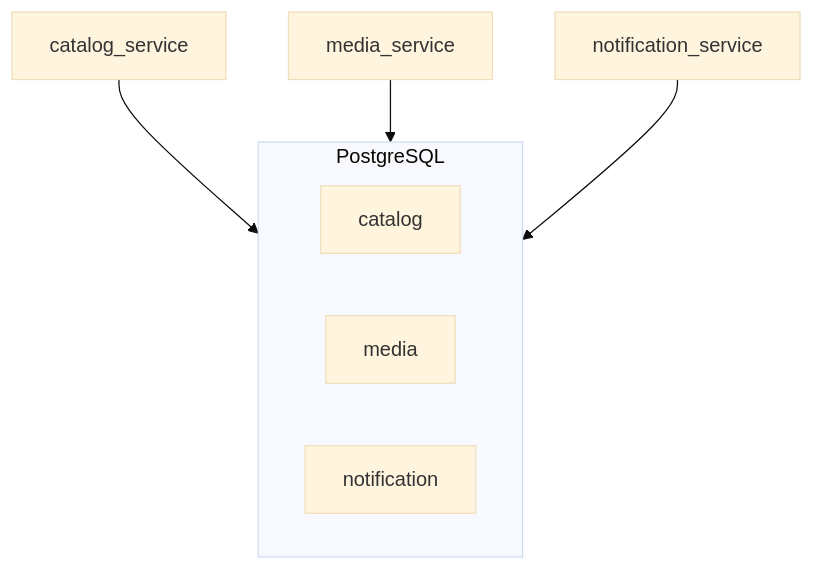
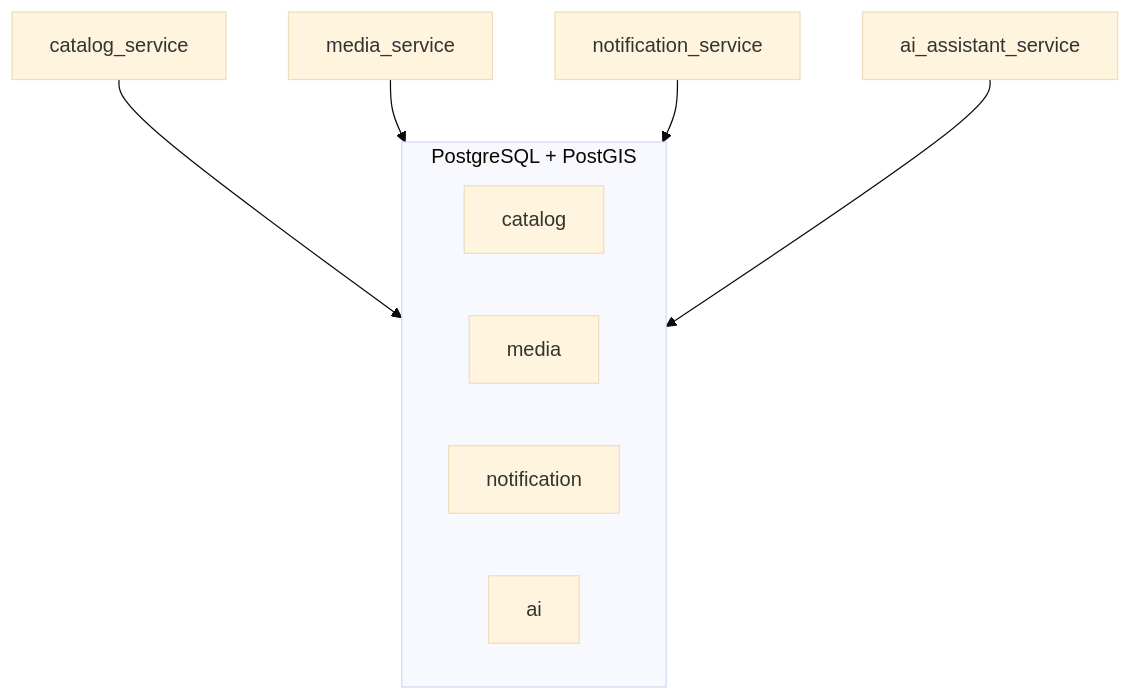
The third of 13 diagrams in readme.md (LIDR-academy/AI4Devs-finalproject), drawn with Mermaid (base theme) before and after one commit. The commit also changed other lines of this file and 9 other files, not shown here.

````diff
--- a/readme.md
+++ b/readme.md
@@ -150,15 +154,18 @@
 ```mermaid
 flowchart TB
   CAT[catalog_service]
   MED[media_service]
   NS[notification_service]
-  subgraph PG [PostgreSQL]
+  AIS[ai_assistant_service]
+  subgraph PG [PostgreSQL + PostGIS]
     direction LR
     SCH_C[catalog]
     SCH_M[media]
     SCH_N[notification]
+    SCH_I[ai]
   end
   CAT --> SCH_C
   MED --> SCH_M
   NS --> SCH_N
+  AIS --> SCH_I
 ```
````
